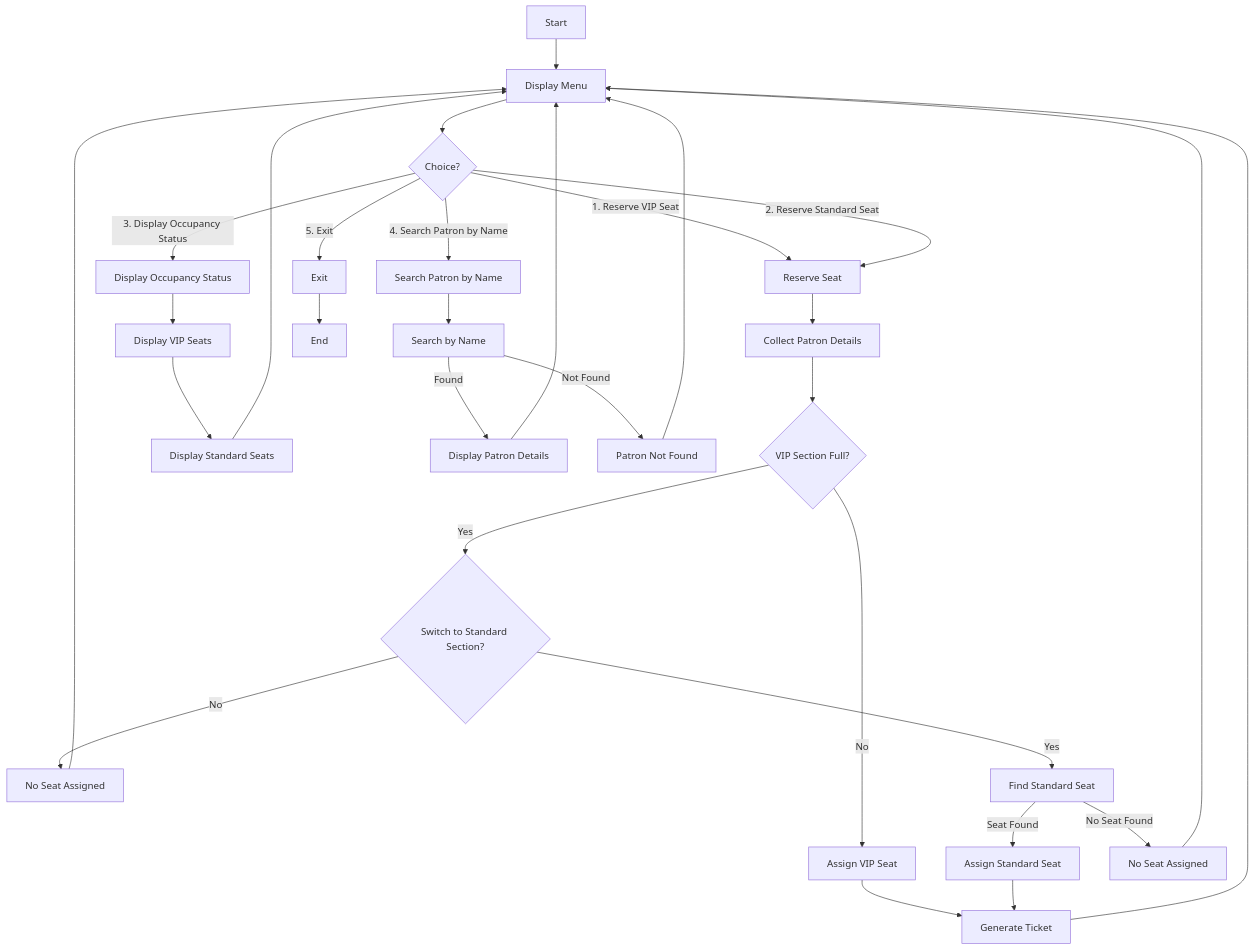
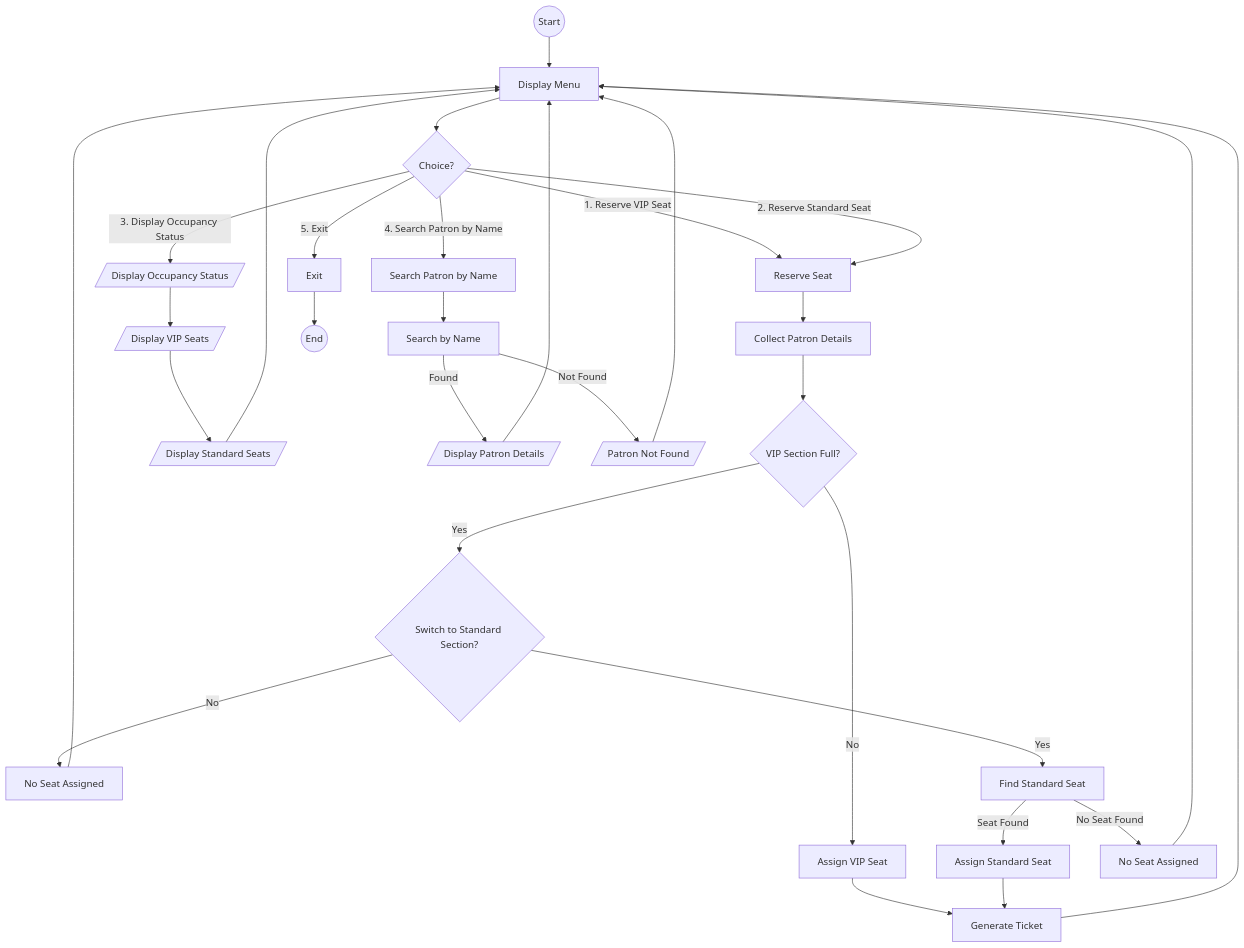
The diagram in ETS0932-Melat-Fekadu/h.md (SWEG-2016EC-Batch/Tech5), drawn with Mermaid before and after one commit.

````diff
--- a/ETS0932-Melat-Fekadu/h.md
+++ b/ETS0932-Melat-Fekadu/h.md
@@ -1,36 +1,36 @@
 ```mermaid
 graph TD;
-    A[Start] --> B[Display Menu];
+    A((Start))--> B[Display Menu];
     B --> C{Choice?};
     C -->|1. Reserve VIP Seat| D[Reserve Seat];
     C -->|2. Reserve Standard Seat| D;
-    C -->|3. Display Occupancy Status| E[Display Occupancy Status];
+    C -->|3. Display Occupancy Status| E[/Display Occupancy Status/];
     C -->|4. Search Patron by Name| F[Search Patron by Name];
     C -->|5. Exit| G[Exit];
     
     D --> H[Collect Patron Details];
     H --> I{VIP Section Full?};
     I -->|No| J[Assign VIP Seat];
     I -->|Yes| K{Switch to Standard Section?};
     K -->|No| L[No Seat Assigned];
     K -->|Yes| M[Find Standard Seat];
     M -->|Seat Found| N[Assign Standard Seat];
     M -->|No Seat Found| O[No Seat Assigned];
     
     J --> P[Generate Ticket];
     N --> P;
     L --> B;
     O --> B;
     P --> B;
     
-    E --> Q[Display VIP Seats];
-    Q --> R[Display Standard Seats];
+    E --> Q[/Display VIP Seats/];
+    Q --> R[/Display Standard Seats/];
     R --> B;
     
     F --> S[Search by Name];
-    S -->|Found| T[Display Patron Details];
-    S -->|Not Found| U[Patron Not Found];
+    S -->|Found| T[/Display Patron Details/];
+    S -->|Not Found| U[/Patron Not Found/];
     T --> B;
     U --> B;
-    G --> V[End];
+    G --> V((End));
 ```
````
